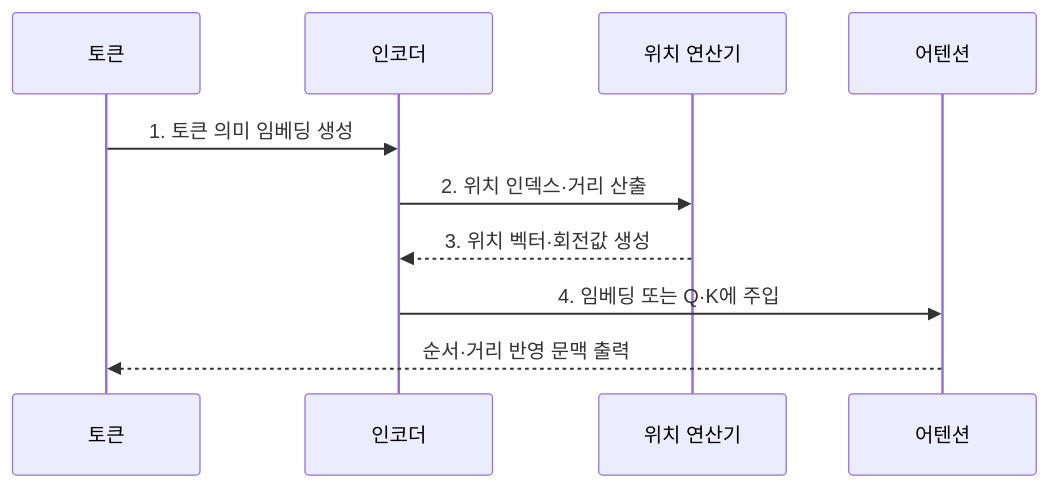
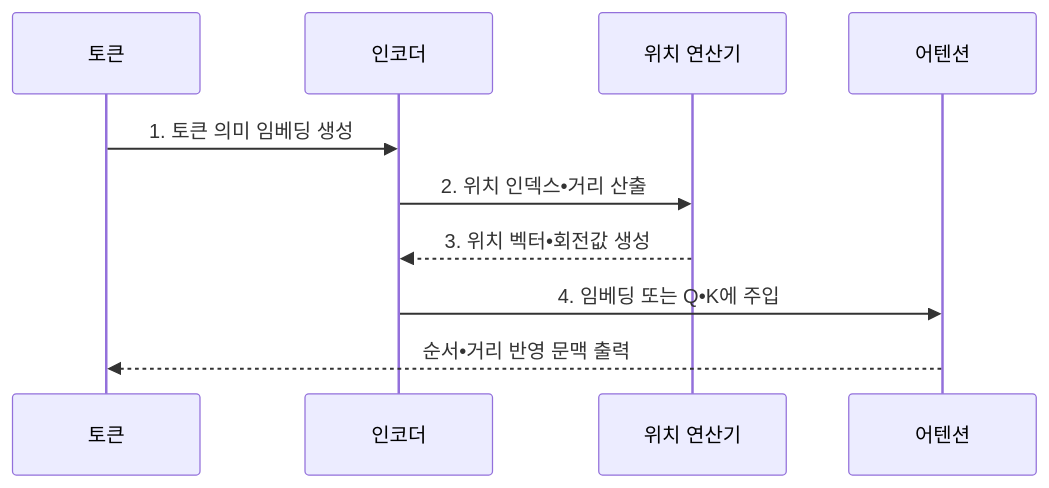
Before and after one commit to agnusdei1207/knowledge-base: the second of 2 diagrams in src/content/docs/notes/08-latest-tech/031_positional_encoding.md, drawn with Mermaid. The commit also changed other lines of this file and 953 other files, not shown here.

````diff
--- a/src/content/docs/notes/08-latest-tech/031_positional_encoding.md
+++ b/src/content/docs/notes/08-latest-tech/031_positional_encoding.md
@@ -102,12 +102,12 @@
 ```mermaid
 sequenceDiagram
     participant T as 토큰
     participant E as 인코더
     participant PE as 위치 연산기
     participant A as 어텐션
     T->>E: 1. 토큰 의미 임베딩 생성
-    E->>PE: 2. 위치 인덱스·거리 산출
-    PE-->>E: 3. 위치 벡터·회전값 생성
-    E->>A: 4. 임베딩 또는 Q·K에 주입
-    A-->>T: 순서·거리 반영 문맥 출력
+    E->>PE: 2. 위치 인덱스•거리 산출
+    PE-->>E: 3. 위치 벡터•회전값 생성
+    E->>A: 4. 임베딩 또는 Q•K에 주입
+    A-->>T: 순서•거리 반영 문맥 출력
 ```
````
